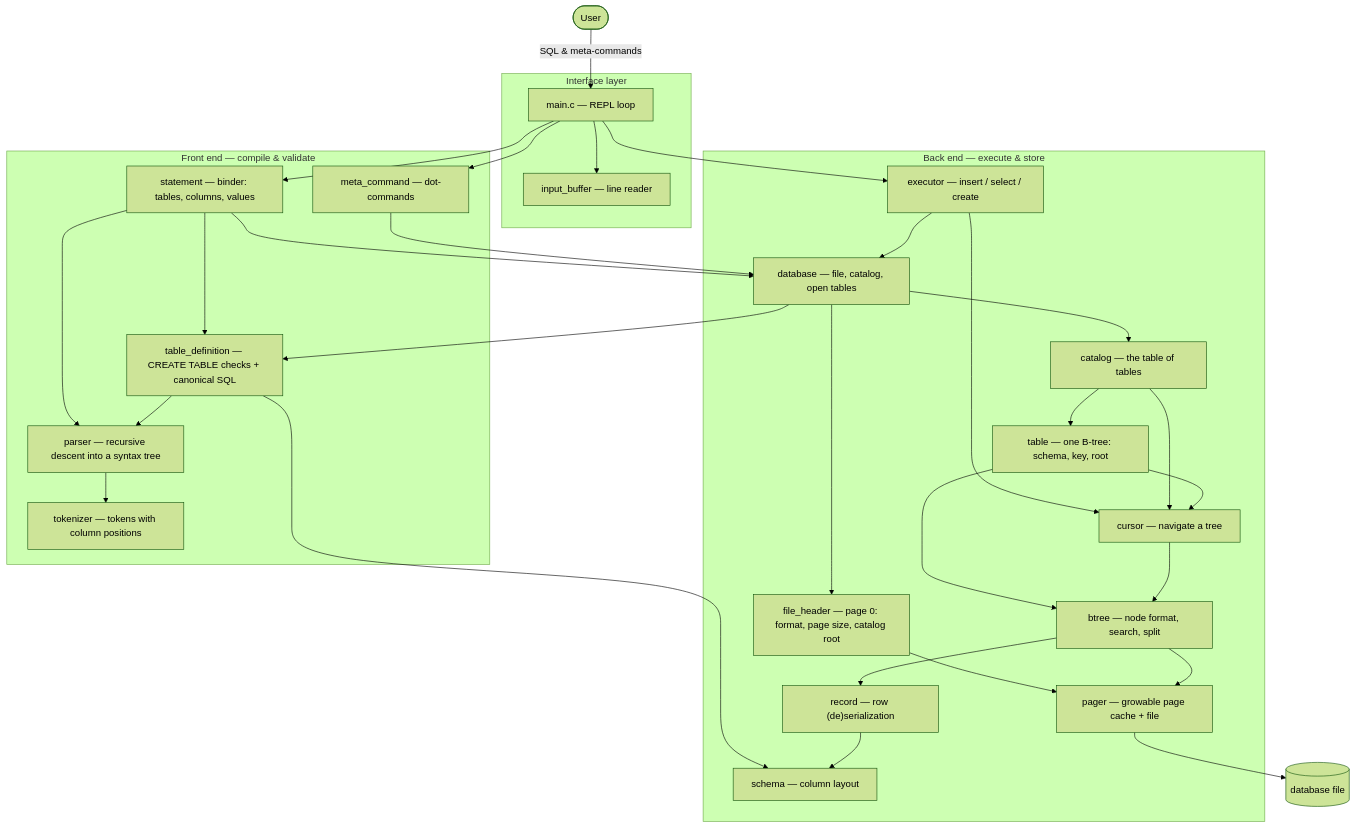
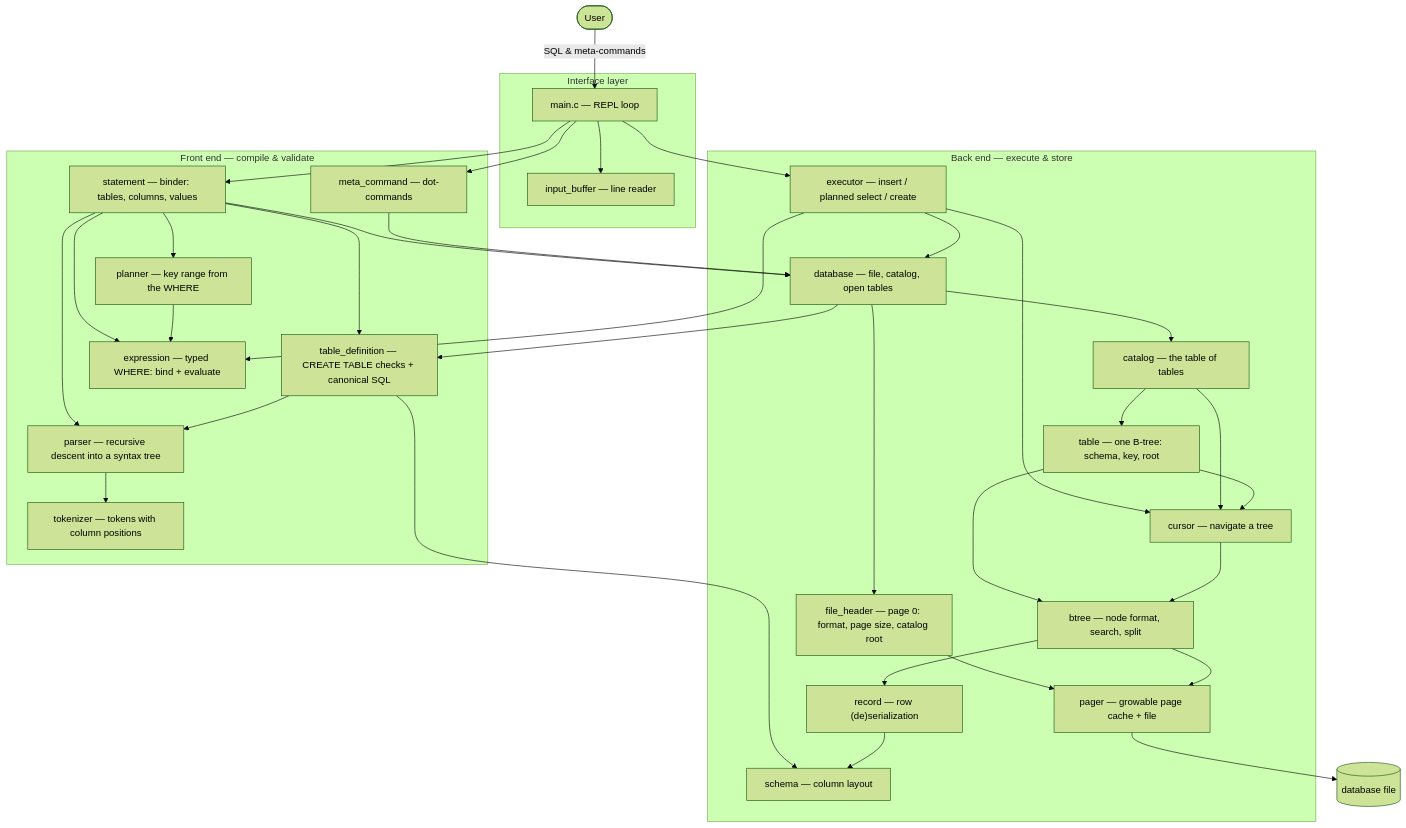
The first of 22 diagrams in README.md (Rohitangshu2026/mini-sql), drawn with Mermaid (forest theme) before and after one commit. The commit also changed other lines of this file, not shown here.

````diff
--- a/README.md
+++ b/README.md
@@ -157,59 +187,65 @@
 ```mermaid
 flowchart TD
     User([User]) -->|SQL & meta-commands| REPL
 
     subgraph Interface["Interface layer"]
         REPL["main.c — REPL loop"]
         IB["input_buffer — line reader"]
     end
 
     subgraph Frontend["Front end — compile & validate"]
         META["meta_command — dot-commands"]
         STMT["statement — binder: tables, columns, values"]
         DEF["table_definition — CREATE TABLE checks + canonical SQL"]
+        EXPR["expression — typed WHERE: bind + evaluate"]
+        PLAN["planner — key range from the WHERE"]
         PARSE["parser — recursive descent into a syntax tree"]
         TOK["tokenizer — tokens with column positions"]
     end
 
     subgraph Backend["Back end — execute & store"]
-        EXEC["executor — insert / select / create"]
+        EXEC["executor — insert / planned select / create"]
         DB["database — file, catalog, open tables"]
         CAT["catalog — the table of tables"]
         TABLE["table — one B-tree: schema, key, root"]
         CUR["cursor — navigate a tree"]
         HDR["file_header — page 0: format, page size, catalog root"]
         BTREE["btree — node format, search, split"]
         REC["record — row (de)serialization"]
         SCHEMA["schema — column layout"]
         PAGER["pager — growable page cache + file"]
     end
 
     FILE[("database file")]
 
     REPL --> IB
     REPL --> META
     REPL --> STMT
     REPL --> EXEC
     STMT --> PARSE
     STMT --> DEF
     STMT --> DB
+    STMT --> EXPR
+    STMT --> PLAN
+    PLAN --> EXPR
     PARSE --> TOK
     DEF --> PARSE
     DEF --> SCHEMA
     EXEC --> DB
+    EXEC --> EXPR
     EXEC --> CUR
     META --> DB
     DB --> CAT
     DB --> HDR
     DB --> DEF
     CAT --> TABLE
     CAT --> CUR
     TABLE --> CUR
     TABLE --> BTREE
     CUR --> BTREE
     HDR --> PAGER
     BTREE --> PAGER
     BTREE --> REC
     REC --> SCHEMA
     PAGER --> FILE
 ```
````
